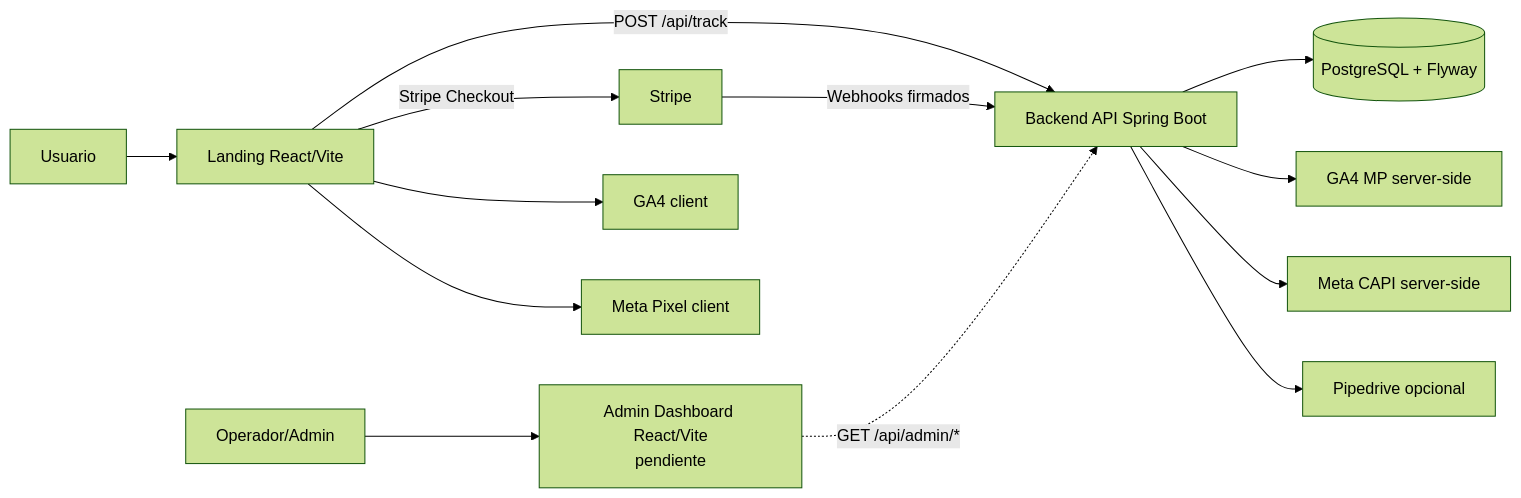
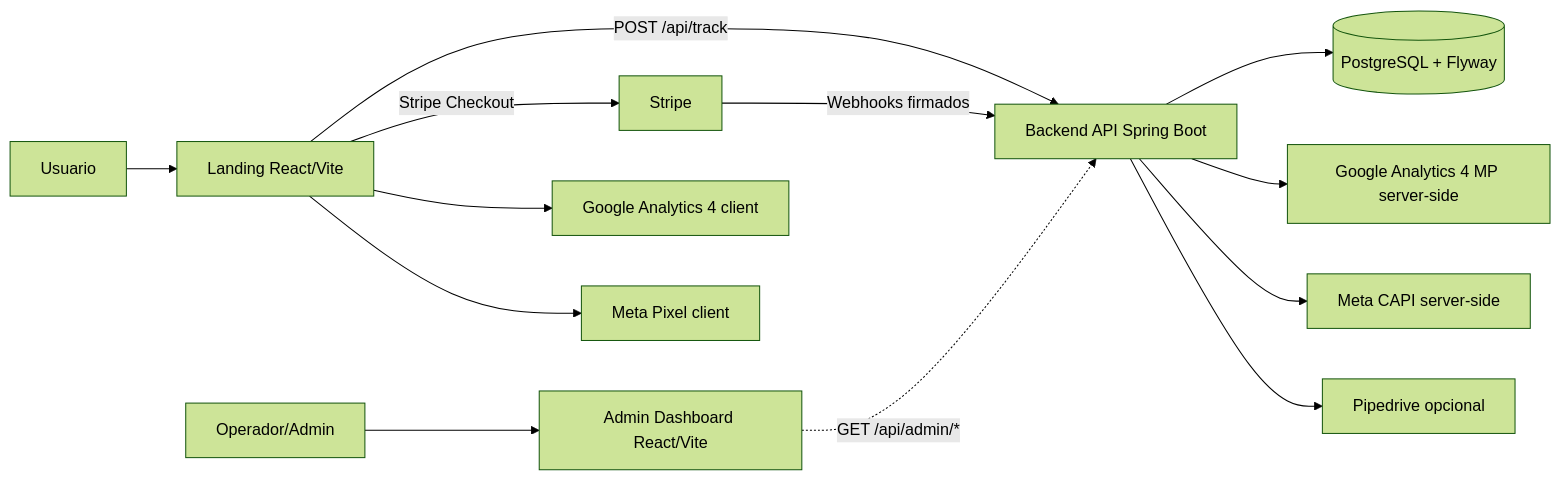
One commit to No-Country-simulation/S02-26-Equipo-15-Web-App-Development changed the first of 4 diagrams in README.md. Above: the diagram before and after it, drawn with Mermaid (forest theme). The commit also changed other lines of this file and 7 other files, not shown here.

Commit message:
docs: update architecture, BDD, and business context

````diff
--- a/README.md
+++ b/README.md
@@ -36,18 +77,18 @@
 ```mermaid
 flowchart LR
   U[Usuario] --> L[Landing React/Vite]
-  A[Operador/Admin] --> AD[Admin Dashboard React/Vite\npendiente]
+  A[Operador/Admin] --> AD[Admin Dashboard React/Vite]
 
   L -->|POST /api/track| API[Backend API Spring Boot]
   L -->|Stripe Checkout| ST[Stripe]
   ST -->|Webhooks firmados| API
 
   AD -.->|GET /api/admin/*| API
 
   API --> DB[(PostgreSQL + Flyway)]
-  L --> GAC[GA4 client]
+  L --> GAC[Google Analytics 4 client]
   L --> MPC[Meta Pixel client]
-  API --> GASS[GA4 MP server-side]
+  API --> GASS[Google Analytics 4 MP server-side]
   API --> MCAPI[Meta CAPI server-side]
   API --> PD[Pipedrive opcional]
 ```
````
